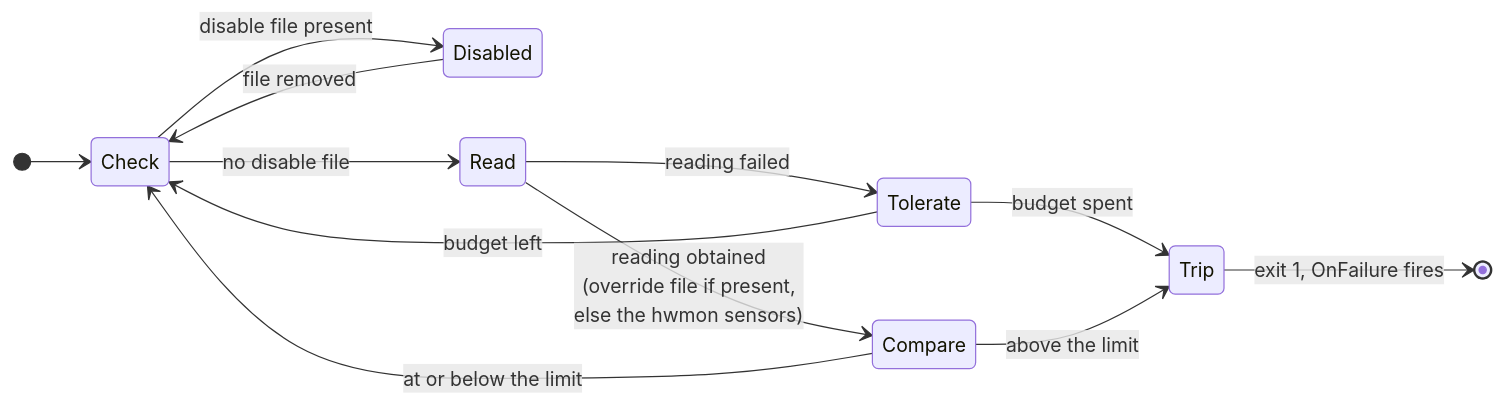
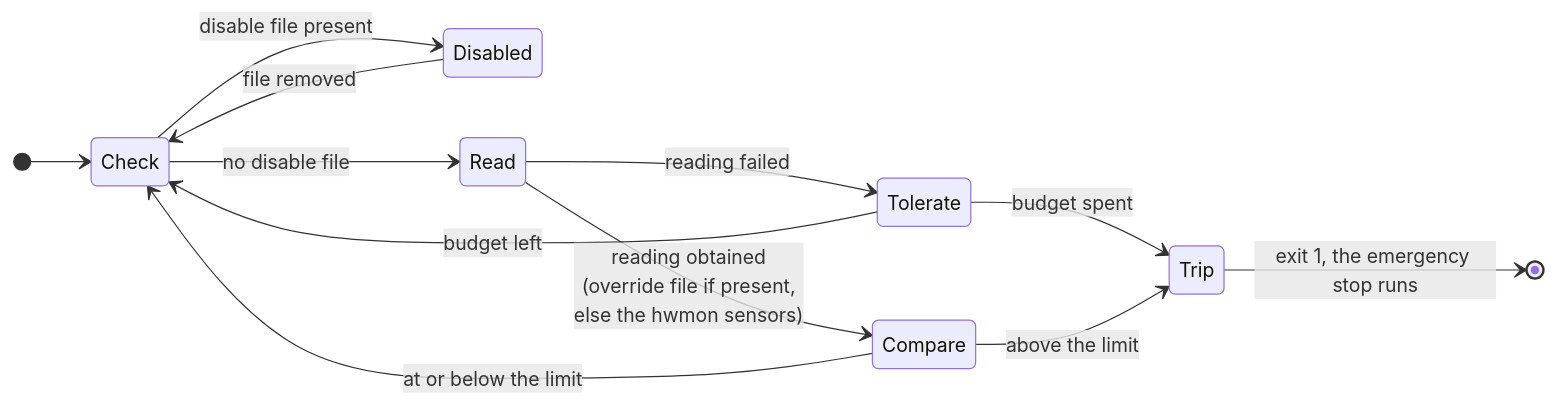
One commit to GSI-HPC/slurm-temperature-check changed the diagram in README.md. Above: the diagram before and after it, drawn with Mermaid. The commit also changed other lines of this file and 11 other files, not shown here.

````diff
--- a/README.md
+++ b/README.md
@@ -89,15 +113,15 @@
 ```mermaid
 stateDiagram-v2
     direction LR
     [*] --> Check
     Check --> Disabled: disable file present
     Disabled --> Check: file removed
     Check --> Read: no disable file
     Read --> Compare: reading obtained<br/>(override file if present,<br/>else the hwmon sensors)
     Read --> Tolerate: reading failed
     Tolerate --> Check: budget left
     Tolerate --> Trip: budget spent
     Compare --> Check: at or below the limit
     Compare --> Trip: above the limit
-    Trip --> [*]: exit 1, OnFailure fires
+    Trip --> [*]: exit 1, the emergency stop runs
 ```
````
